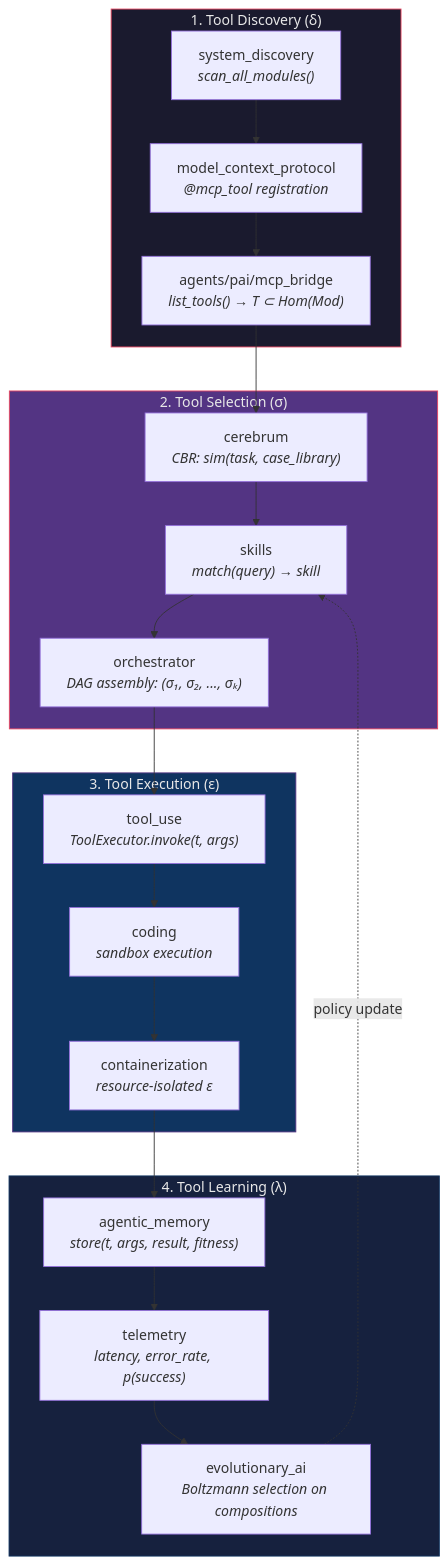
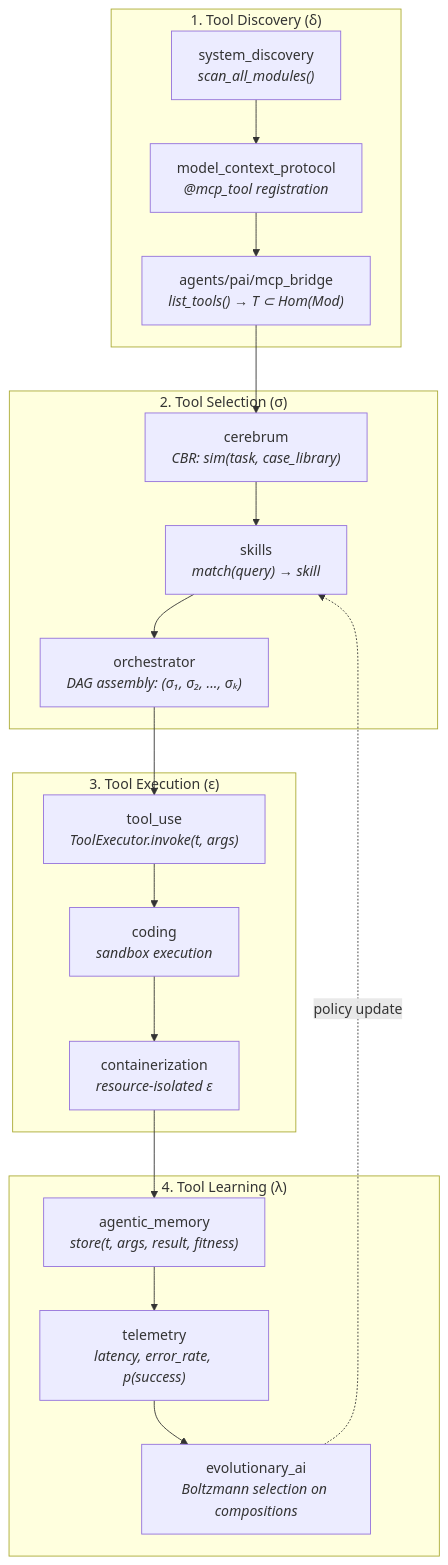
Before and after one commit to docxology/codomyrmex: the first of 3 diagrams in docs/agi/tool_use_and_agency.md, drawn with Mermaid. The commit also changed other lines of this file and 86 other files, not shown here.

````diff
--- a/docs/agi/tool_use_and_agency.md
+++ b/docs/agi/tool_use_and_agency.md
@@ -15,37 +15,32 @@
 ```mermaid
 graph TB
     subgraph DISCOVERY["1. Tool Discovery (δ)"]
         SD["system_discovery<br/><i>scan_all_modules()</i>"]
         MCP["model_context_protocol<br/><i>@mcp_tool registration</i>"]
         BRIDGE["agents/pai/mcp_bridge<br/><i>list_tools() → T ⊂ Hom(Mod)</i>"]
     end
 
     subgraph SELECTION["2. Tool Selection (σ)"]
         CEREB["cerebrum<br/><i>CBR: sim(task, case_library)</i>"]
         SKILLS["skills<br/><i>match(query) → skill</i>"]
         ORCH["orchestrator<br/><i>DAG assembly: (σ₁, σ₂, ..., σₖ)</i>"]
     end
 
     subgraph EXECUTION["3. Tool Execution (ε)"]
         TOOL["tool_use<br/><i>ToolExecutor.invoke(t, args)</i>"]
         CODING["coding<br/><i>sandbox execution</i>"]
         CONTAIN["containerization<br/><i>resource-isolated ε</i>"]
     end
 
     subgraph LEARNING["4. Tool Learning (λ)"]
         AMEM["agentic_memory<br/><i>store(t, args, result, fitness)</i>"]
         TELEM["telemetry<br/><i>latency, error_rate, p(success)</i>"]
         EVOL["evolutionary_ai<br/><i>Boltzmann selection on compositions</i>"]
     end
 
     SD --> MCP --> BRIDGE --> CEREB
     CEREB --> SKILLS --> ORCH
     ORCH --> TOOL --> CODING --> CONTAIN
     CONTAIN --> AMEM --> TELEM --> EVOL
     EVOL -.->|"policy update"| SKILLS
-
-    style DISCOVERY fill:#1a1a2e,stroke:#e94560,color:#e8e8e8
-    style SELECTION fill:#533483,stroke:#e94560,color:#e8e8e8
-    style EXECUTION fill:#0f3460,stroke:#533483,color:#e8e8e8
-    style LEARNING fill:#16213e,stroke:#0f3460,color:#e8e8e8
 ```
````
